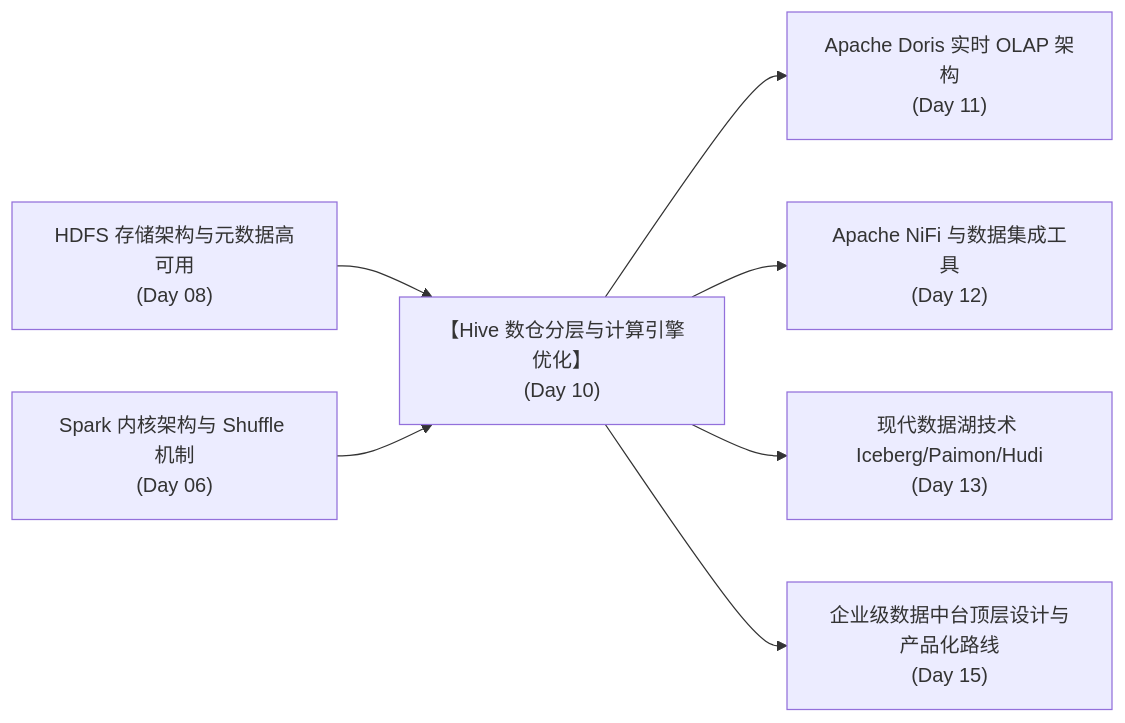
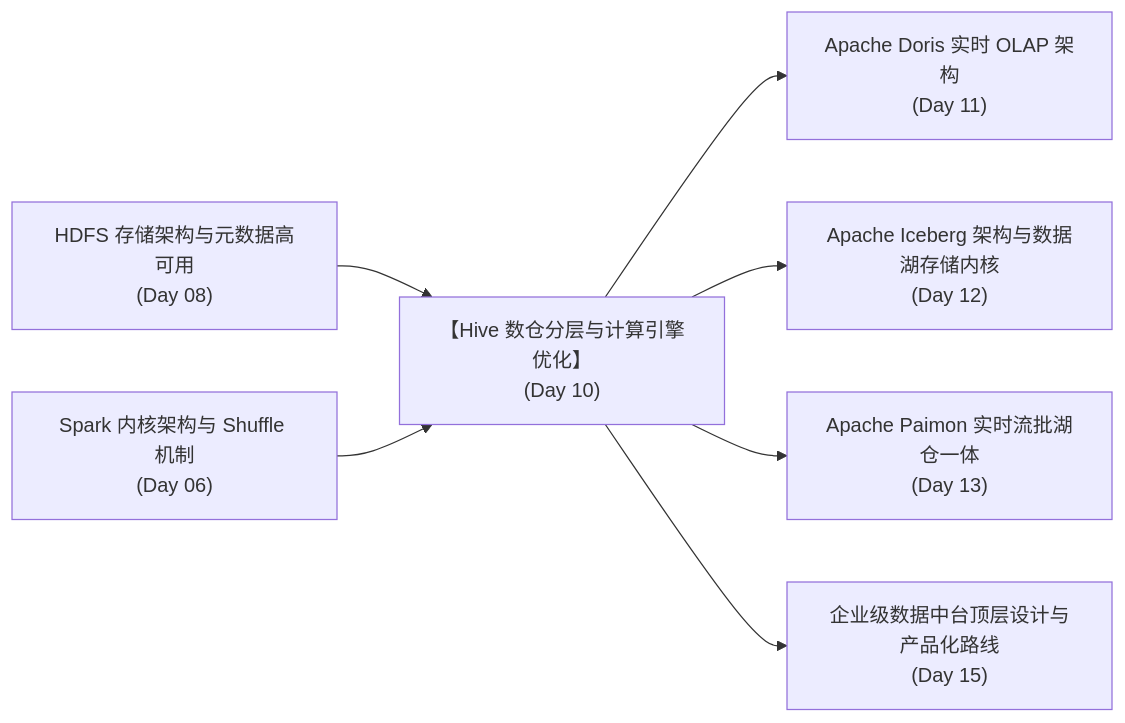
Before and after one commit to tieke1121/tech-interview-knowledge-base: the eighth of 8 diagrams in 01-bigdata/05-hive/01-hive-architecture-optimization.md, drawn with Mermaid. The commit also changed 5 other files, not shown here.

Commit message:
refactor: remove nifi & kylin, upgrade curriculum with apache iceberg & paimon lakehouse

````diff
--- a/01-bigdata/05-hive/01-hive-architecture-optimization.md
+++ b/01-bigdata/05-hive/01-hive-architecture-optimization.md
@@ -826,9 +826,9 @@
 ```mermaid
 graph LR
     Pre1["HDFS 存储架构与元数据高可用<br/>(Day 08)"] --> Current["【Hive 数仓分层与计算引擎优化】<br/>(Day 10)"]
     Pre2["Spark 内核架构与 Shuffle 机制<br/>(Day 06)"] --> Current
     Current --> Down1["Apache Doris 实时 OLAP 架构<br/>(Day 11)"]
-    Current --> Down2["Apache NiFi 与数据集成工具<br/>(Day 12)"]
-    Current --> Down3["现代数据湖技术 Iceberg/Paimon/Hudi<br/>(Day 13)"]
+    Current --> Down2["Apache Iceberg 架构与数据湖存储内核<br/>(Day 12)"]
+    Current --> Down3["Apache Paimon 实时流批湖仓一体<br/>(Day 13)"]
     Current --> Arch["企业级数据中台顶层设计与产品化路线<br/>(Day 15)"]
 ```
````
